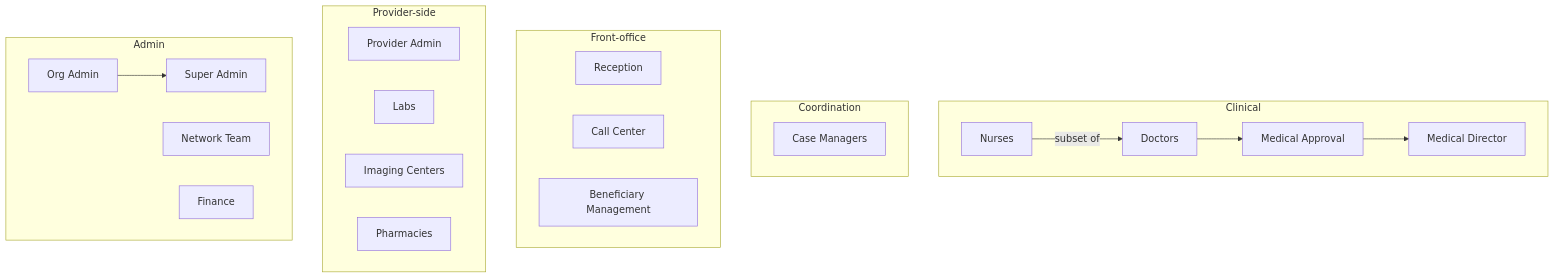
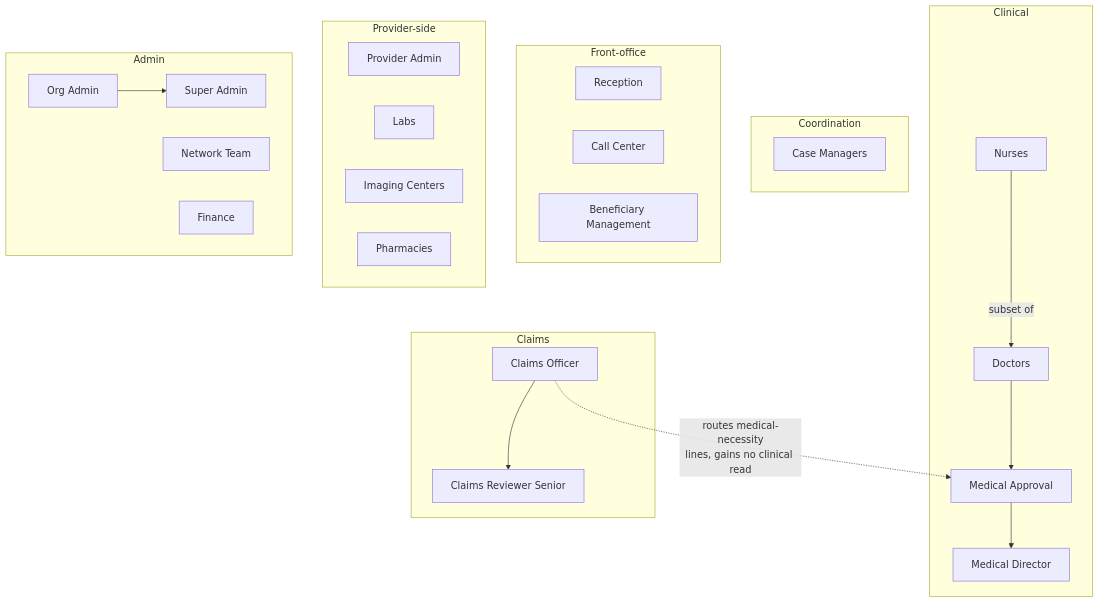
One commit to MohabFikry/HBMP changed the diagram in HBMP-Design/10-role-matrix.md. Above: the diagram before and after it, drawn with Mermaid. The commit also changed other lines of this file and 20 other files, not shown here.

````diff
--- a/HBMP-Design/10-role-matrix.md
+++ b/HBMP-Design/10-role-matrix.md
@@ -203,27 +233,31 @@
 ```mermaid
 graph TD
     subgraph Clinical
         NUR[Nurses] -->|subset of| DOC[Doctors]
         DOC --> APPR[Medical Approval]
         APPR --> MD[Medical Director]
     end
     subgraph Coordination
         CM[Case Managers]
     end
     subgraph Front-office
         REC[Reception]
         CC[Call Center]
         BM[Beneficiary Management]
     end
     subgraph Provider-side
         PADM[Provider Admin]
         LAB[Labs]
         IMG[Imaging Centers]
         PH[Pharmacies]
     end
     subgraph Admin
         ORG[Org Admin] --> SUPER[Super Admin]
         NET[Network Team]
         FIN[Finance]
     end
+    subgraph Claims
+        CLMO[Claims Officer] --> CLMR[Claims Reviewer Senior]
+    end
+    CLMO -.->|routes medical-necessity<br/>lines, gains no clinical read| APPR
 ```
````
